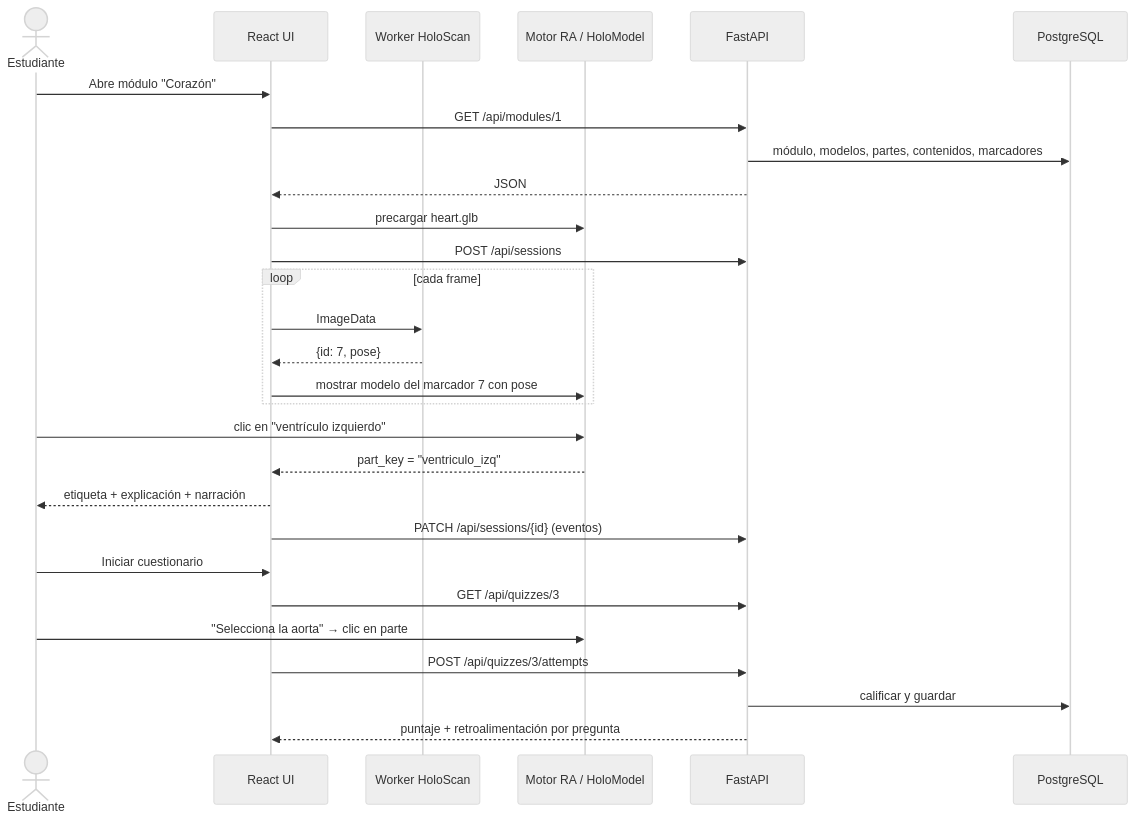
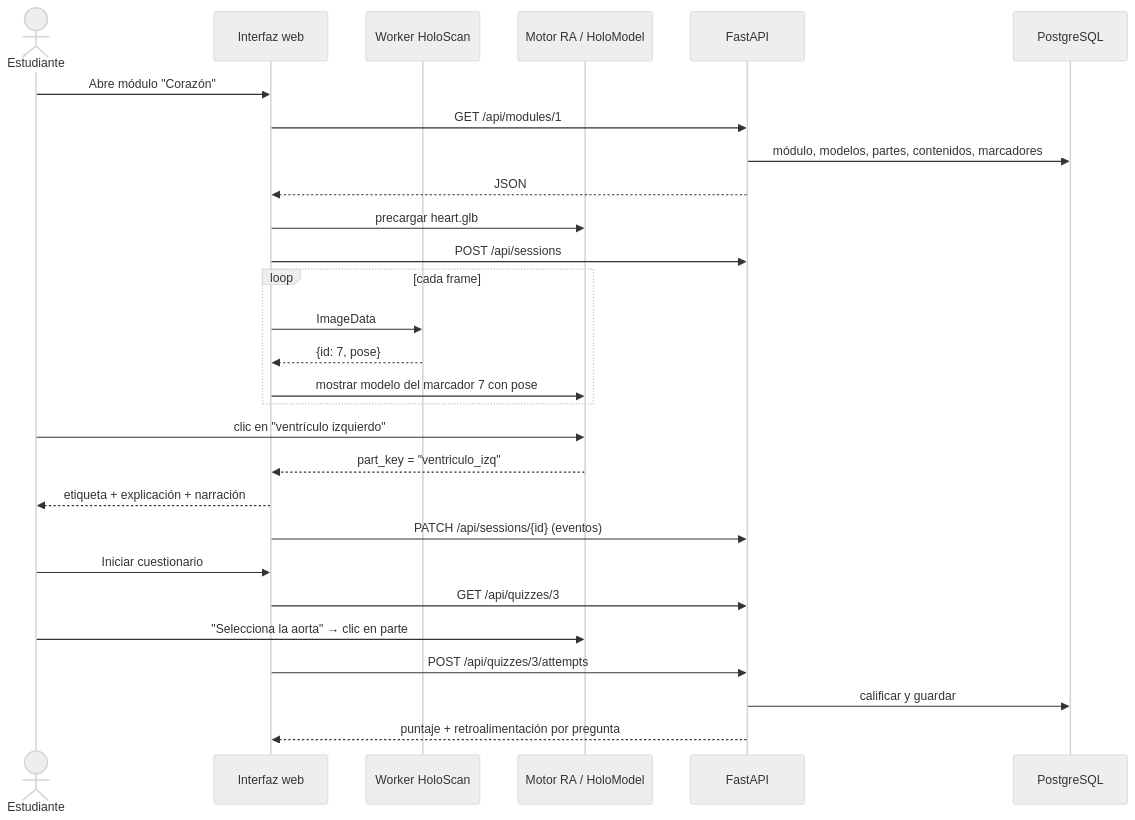
The fifth of 5 diagrams in 02_Arquitectura_y_Tecnologias.md (Br-Benja/holoclass), drawn with Mermaid (neutral theme) before and after one commit. The commit also changed other lines of this file and 50 other files, not shown here.

````diff
--- a/02_Arquitectura_y_Tecnologias.md
+++ b/02_Arquitectura_y_Tecnologias.md
@@ -208,31 +208,31 @@
 ```mermaid
 sequenceDiagram
     actor E as Estudiante
-    participant UI as React UI
+    participant UI as Interfaz web
     participant W as Worker HoloScan
     participant M as Motor RA / HoloModel
     participant API as FastAPI
     participant DB as PostgreSQL
 
     E->>UI: Abre módulo "Corazón"
     UI->>API: GET /api/modules/1
     API->>DB: módulo, modelos, partes, contenidos, marcadores
     API-->>UI: JSON
     UI->>M: precargar heart.glb
     UI->>API: POST /api/sessions
     loop cada frame
         UI->>W: ImageData
         W-->>UI: {id: 7, pose}
         UI->>M: mostrar modelo del marcador 7 con pose
     end
     E->>M: clic en "ventrículo izquierdo"
     M-->>UI: part_key = "ventriculo_izq"
     UI-->>E: etiqueta + explicación + narración
     UI->>API: PATCH /api/sessions/{id} (eventos)
     E->>UI: Iniciar cuestionario
     UI->>API: GET /api/quizzes/3
     E->>M: "Selecciona la aorta" → clic en parte
     UI->>API: POST /api/quizzes/3/attempts
     API->>DB: calificar y guardar
     API-->>UI: puntaje + retroalimentación por pregunta
 ```
````
